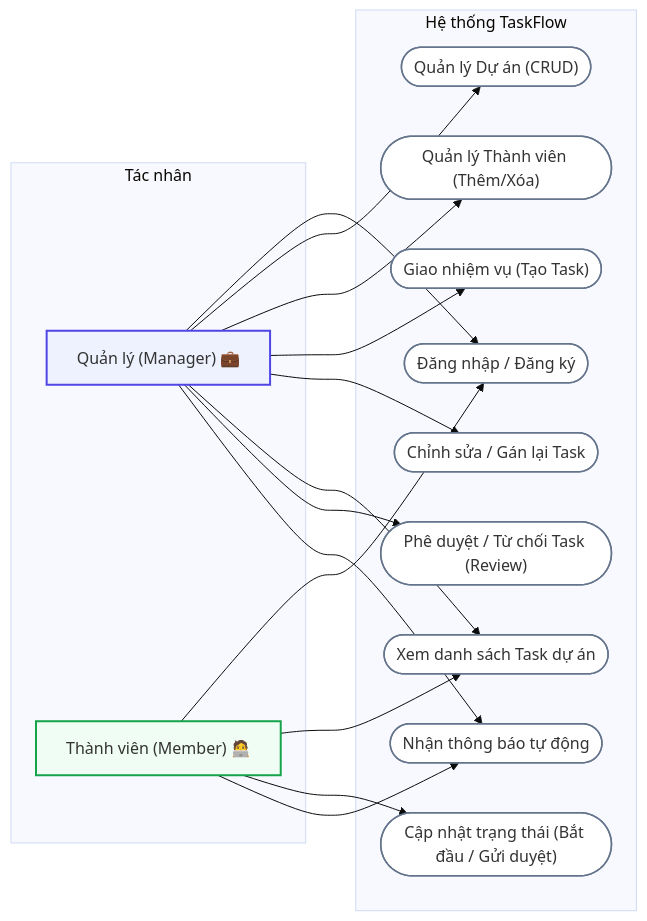
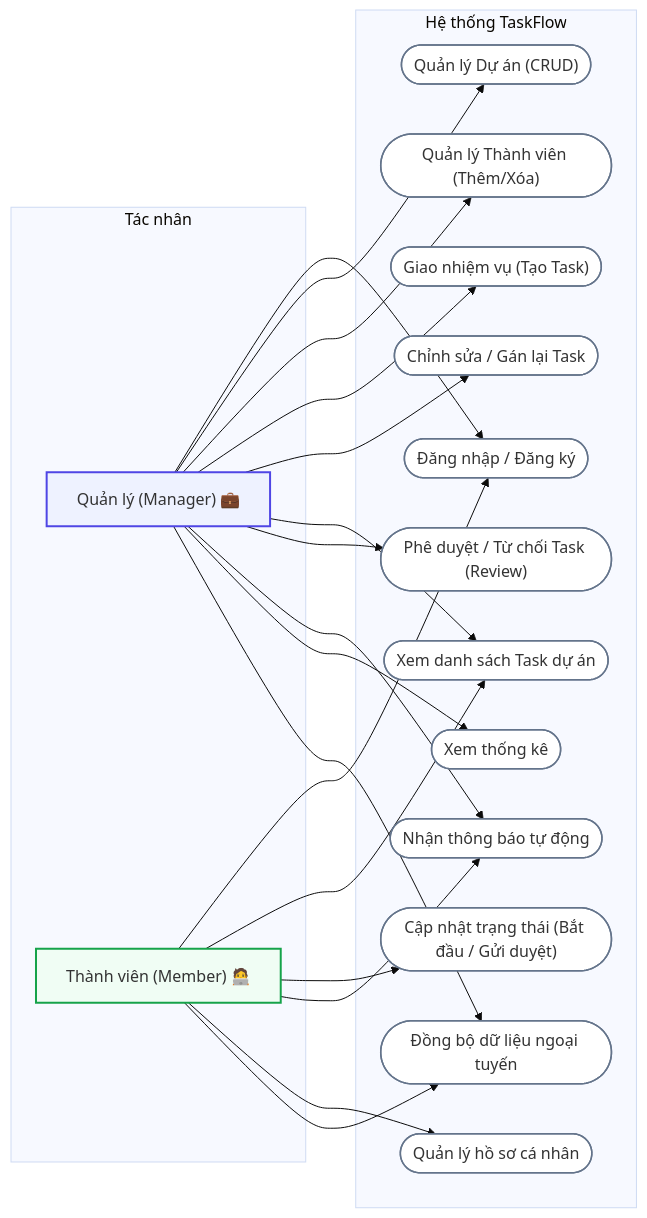
Before and after one commit to ttt-huong/TaskFlow_Huong_Thuong_Cuong_N03_1_2026: the first of 7 diagrams in docs/TaskFlow_Diagrams.md, drawn with Mermaid (base theme).

Commit message:
docs: expand Use Case Diagram with Profile, Statistics, and Offline Sync

````diff
--- a/docs/TaskFlow_Diagrams.md
+++ b/docs/TaskFlow_Diagrams.md
@@ -13,50 +13,60 @@
 ```mermaid
 flowchart LR
     %% Thiết lập Actors
     subgraph Actors [Tác nhân]
         Manager["Quản lý (Manager) 💼"]
         Member["Thành viên (Member) 🧑‍💻"]
     end
 
     %% Thiết lập System Boundary
     subgraph System ["Hệ thống TaskFlow"]
         UC1(["Đăng nhập / Đăng ký"])
         UC2(["Quản lý Dự án (CRUD)"])
         UC3(["Quản lý Thành viên (Thêm/Xóa)"])
         UC4(["Giao nhiệm vụ (Tạo Task)"])
         UC5(["Chỉnh sửa / Gán lại Task"])
         UC6(["Xem danh sách Task dự án"])
         UC7(["Cập nhật trạng thái (Bắt đầu / Gửi duyệt)"])
         UC8(["Phê duyệt / Từ chối Task (Review)"])
         UC9(["Nhận thông báo tự động"])
+        UC10(["Quản lý hồ sơ cá nhân"])
+        UC11(["Xem thống kê"])
+        UC12(["Đồng bộ dữ liệu ngoại tuyến"])
     end
 
     %% Mối liên kết của Manager
     Manager --> UC1
     Manager --> UC2
     Manager --> UC3
     Manager --> UC4
     Manager --> UC5
     Manager --> UC6
     Manager --> UC8
     Manager --> UC9
+    Manager --> UC11
+    Manager --> UC12
 
     %% Mối liên kết của Member
     Member --> UC1
     Member --> UC6
     Member --> UC7
     Member --> UC9
+    Member --> UC10
+    Member --> UC12
 
     %% Style CSS
     style Manager fill:#eef2ff,stroke:#4f46e5,stroke-width:2px
     style Member fill:#f0fdf4,stroke:#16a34a,stroke-width:2px
     style UC1 fill:#fff,stroke:#64748b,stroke-width:1.5px
     style UC2 fill:#fff,stroke:#64748b,stroke-width:1.5px
     style UC3 fill:#fff,stroke:#64748b,stroke-width:1.5px
     style UC4 fill:#fff,stroke:#64748b,stroke-width:1.5px
     style UC5 fill:#fff,stroke:#64748b,stroke-width:1.5px
     style UC6 fill:#fff,stroke:#64748b,stroke-width:1.5px
     style UC7 fill:#fff,stroke:#64748b,stroke-width:1.5px
     style UC8 fill:#fff,stroke:#64748b,stroke-width:1.5px
     style UC9 fill:#fff,stroke:#64748b,stroke-width:1.5px
+    style UC10 fill:#fff,stroke:#64748b,stroke-width:1.5px
+    style UC11 fill:#fff,stroke:#64748b,stroke-width:1.5px
+    style UC12 fill:#fff,stroke:#64748b,stroke-width:1.5px
 ```
````
